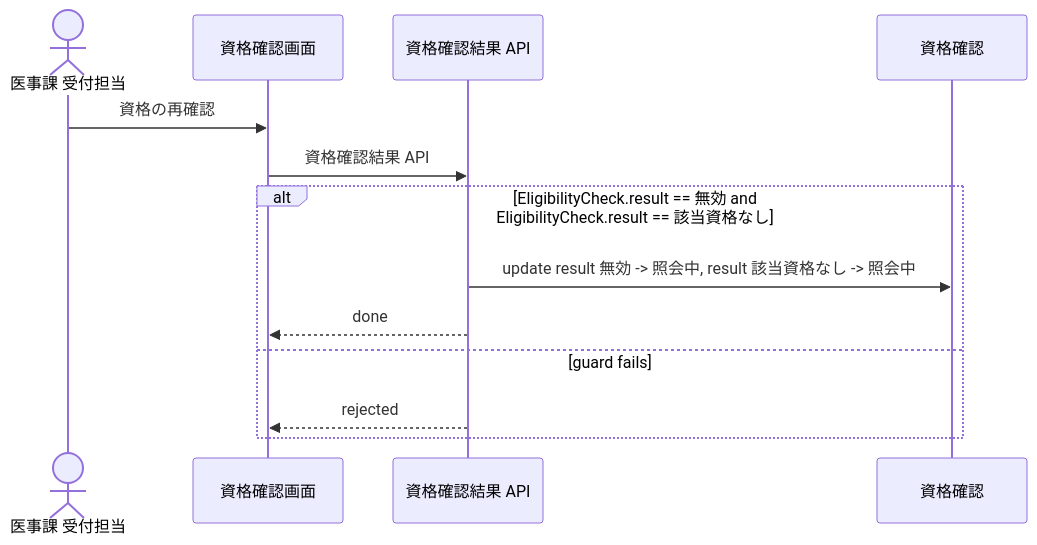
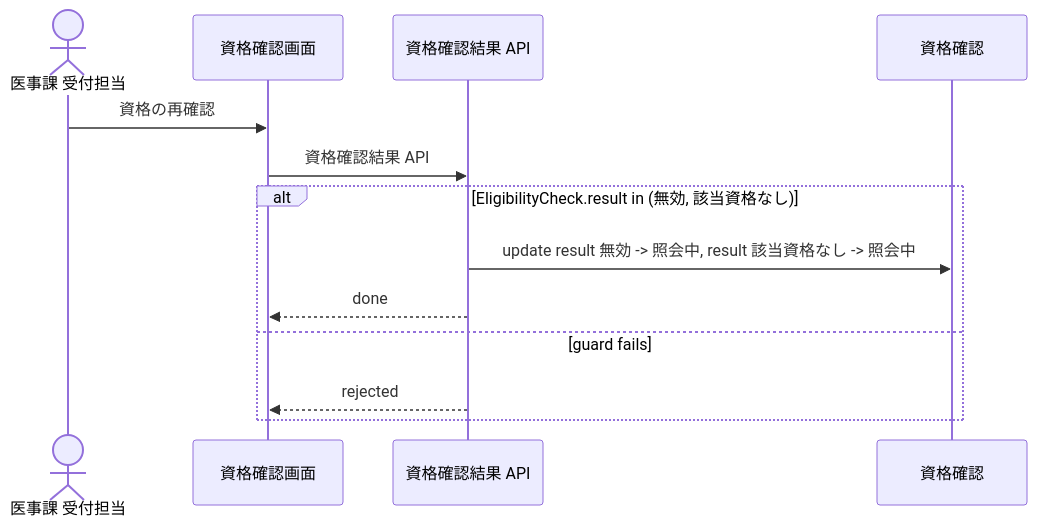
One commit to manji-0/rdra-ish-dsl changed the diagram in samples/clinic-ops/out/uc/sequence_RecheckEligibility.mmd. Above: the diagram before and after it, drawn with Mermaid. The commit also changed 27 other files, not shown here.

```diff
--- a/samples/clinic-ops/out/uc/sequence_RecheckEligibility.mmd
+++ b/samples/clinic-ops/out/uc/sequence_RecheckEligibility.mmd
@@ -1,16 +1,16 @@
 %% rdra-ish diagram=sequence scope=usecase:RecheckEligibility model=samples/clinic-ops
 %% kinds: actor screen api entity
 %% omitted: buc step medium permission
 sequenceDiagram
   actor actor__ReceptionClerk as 医事課 受付担当
   participant screen__EligibilityScreen as 資格確認画面
   participant api__EligibilityResultApi as 資格確認結果 API
   participant entity__EligibilityCheck as 資格確認
   actor__ReceptionClerk ->> screen__EligibilityScreen: 資格の再確認
   screen__EligibilityScreen ->> api__EligibilityResultApi: 資格確認結果 API
-  alt EligibilityCheck.result == 無効 and EligibilityCheck.result == 該当資格なし
+  alt EligibilityCheck.result in (無効, 該当資格なし)
     api__EligibilityResultApi ->> entity__EligibilityCheck: update result 無効 -> 照会中, result 該当資格なし -> 照会中
     api__EligibilityResultApi -->> screen__EligibilityScreen: done
   else guard fails
     api__EligibilityResultApi -->> screen__EligibilityScreen: rejected
   end
```
